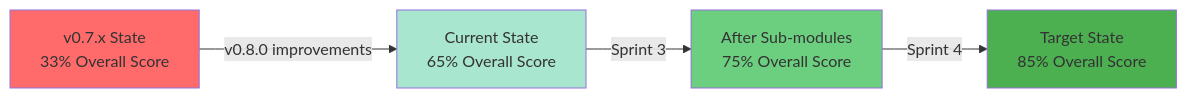
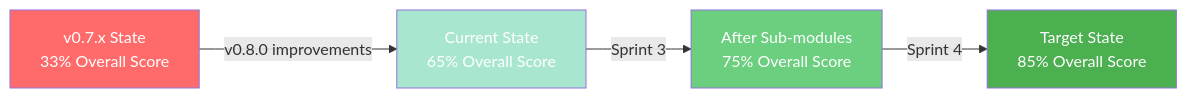
The third of 3 diagrams in docs/api-markdown/_media/JSDOC_COVERAGE_VISUALIZATION.md (Hack23/European-Parliament-MCP-Server), drawn with Mermaid before and after one commit. The commit also changed other lines of this file and 28 other files, not shown here.

First line of the commit message:
fix: correct 5 broken mermaid diagrams and add explicit text colors for dark/light mode

````diff
--- a/docs/api-markdown/_media/JSDOC_COVERAGE_VISUALIZATION.md
+++ b/docs/api-markdown/_media/JSDOC_COVERAGE_VISUALIZATION.md
@@ -276,11 +284,15 @@
 ```mermaid
 graph LR
     A[v0.7.x State<br/>33% Overall Score] -->|v0.8.0 improvements| B[Current State<br/>65% Overall Score]
     B -->|Sprint 3| C[After Sub-modules<br/>75% Overall Score]
     C -->|Sprint 4| D[Target State<br/>85% Overall Score]
 
-    style A fill:#FF6B6B
-    style B fill:#A8E6CF
-    style C fill:#6BCF7F
-    style D fill:#4CAF50
+    style A fill:#FF6B6B,color:#ffffff
+
+    style B fill:#A8E6CF,color:#ffffff
+
+    style C fill:#6BCF7F,color:#ffffff
+
+    style D fill:#4CAF50,color:#ffffff
+
 ```
````
